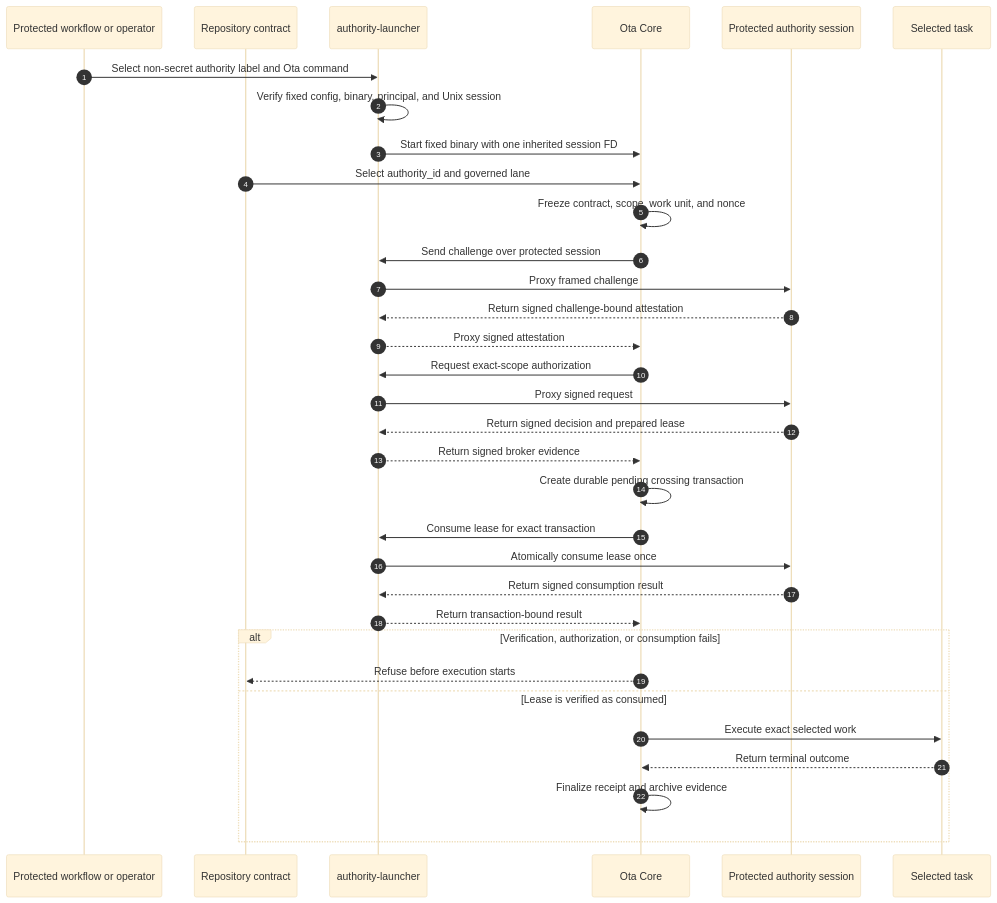
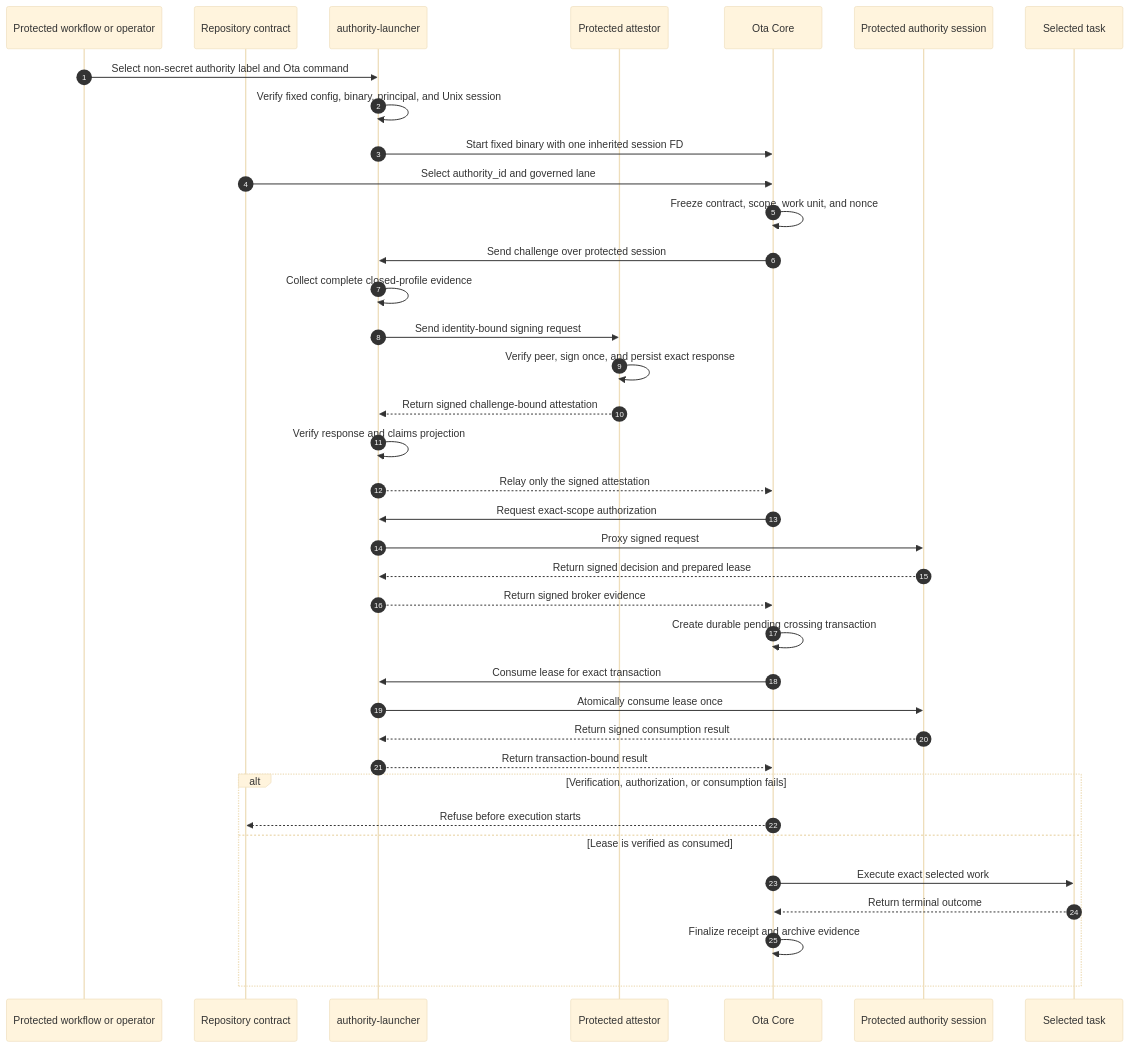
Before and after one commit to ota-run/authority-launcher: the diagram in README.md, drawn with Mermaid (base theme). The commit also changed other lines of this file and 7 other files, not shown here.

Commit message:
Add protected V3 attestation producer foundation

````diff
--- a/README.md
+++ b/README.md
@@ -92,37 +99,41 @@
 ```mermaid
 sequenceDiagram
     autonumber
     participant Operator as Protected workflow or operator
     participant Repo as Repository contract
     participant Launcher as authority-launcher
+    participant Attestor as Protected attestor
     participant Ota as Ota Core
     participant Broker as Protected authority session
     participant Task as Selected task
 
     Operator->>Launcher: Select non-secret authority label and Ota command
     Launcher->>Launcher: Verify fixed config, binary, principal, and Unix session
     Launcher->>Ota: Start fixed binary with one inherited session FD
     Repo->>Ota: Select authority_id and governed lane
     Ota->>Ota: Freeze contract, scope, work unit, and nonce
     Ota->>Launcher: Send challenge over protected session
-    Launcher->>Broker: Proxy framed challenge
-    Broker-->>Launcher: Return signed challenge-bound attestation
-    Launcher-->>Ota: Proxy signed attestation
+    Launcher->>Launcher: Collect complete closed-profile evidence
+    Launcher->>Attestor: Send identity-bound signing request
+    Attestor->>Attestor: Verify peer, sign once, and persist exact response
+    Attestor-->>Launcher: Return signed challenge-bound attestation
+    Launcher->>Launcher: Verify response and claims projection
+    Launcher-->>Ota: Relay only the signed attestation
     Ota->>Launcher: Request exact-scope authorization
     Launcher->>Broker: Proxy signed request
     Broker-->>Launcher: Return signed decision and prepared lease
     Launcher-->>Ota: Return signed broker evidence
     Ota->>Ota: Create durable pending crossing transaction
     Ota->>Launcher: Consume lease for exact transaction
     Launcher->>Broker: Atomically consume lease once
     Broker-->>Launcher: Return signed consumption result
     Launcher-->>Ota: Return transaction-bound result
 
     alt Verification, authorization, or consumption fails
         Ota-->>Repo: Refuse before execution starts
     else Lease is verified as consumed
         Ota->>Task: Execute exact selected work
         Task-->>Ota: Return terminal outcome
         Ota->>Ota: Finalize receipt and archive evidence
     end
 ```
````
